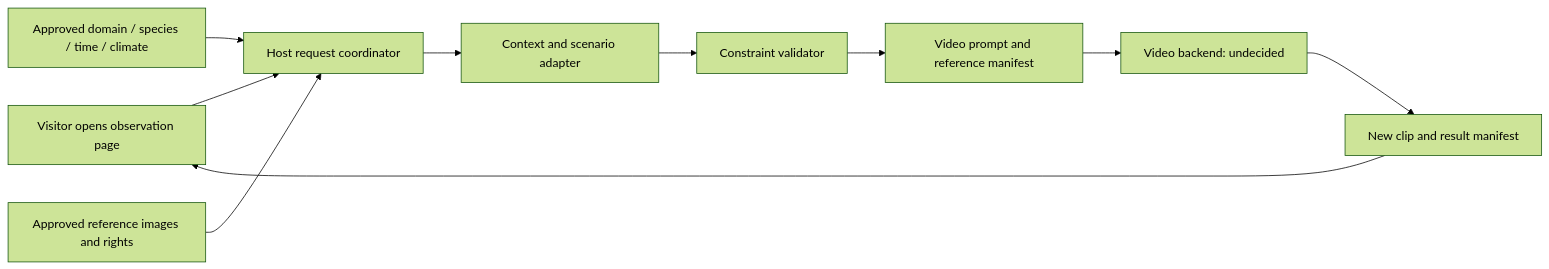
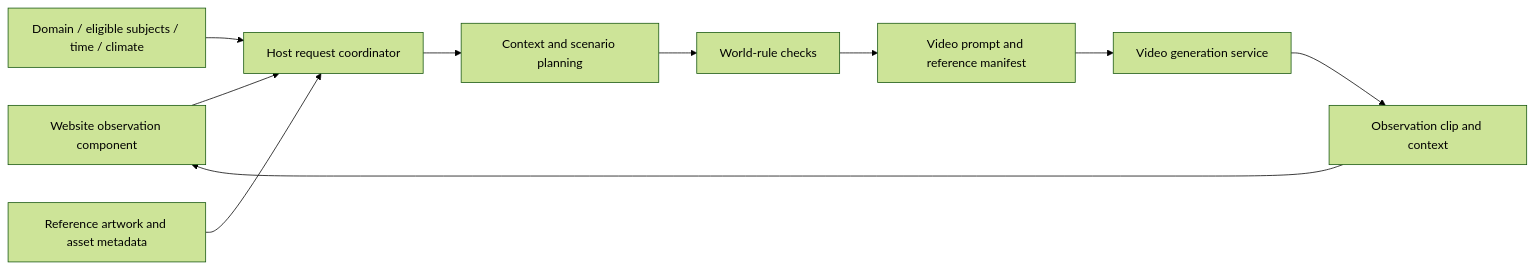
The diagram in docs/architecture.md (mkhsu2002/OnDemand-World-Observatory), drawn with Mermaid (forest theme) before and after one commit. The commit also changed other lines of this file and 16 other files, not shown here.

Commit message:
Align proposal materials with public website observation plan

````diff
--- a/docs/architecture.md
+++ b/docs/architecture.md
@@ -3,12 +7,12 @@
 ```mermaid
 flowchart LR
-  B[Visitor opens observation page] --> H[Host request coordinator]
-  D[Approved domain / species / time / climate] --> H
-  R[Approved reference images and rights] --> H
-  H --> C[Context and scenario adapter]
-  C --> V[Constraint validator]
+  B[Website observation component] --> H[Host request coordinator]
+  D[Domain / eligible subjects / time / climate] --> H
+  R[Reference artwork and asset metadata] --> H
+  H --> C[Context and scenario planning]
+  C --> V[World-rule checks]
   V --> P[Video prompt and reference manifest]
-  P --> G[Video backend: undecided]
-  G --> O[New clip and result manifest]
+  P --> G[Video generation service]
+  G --> O[Observation clip and context]
   O --> B
 ```
````
